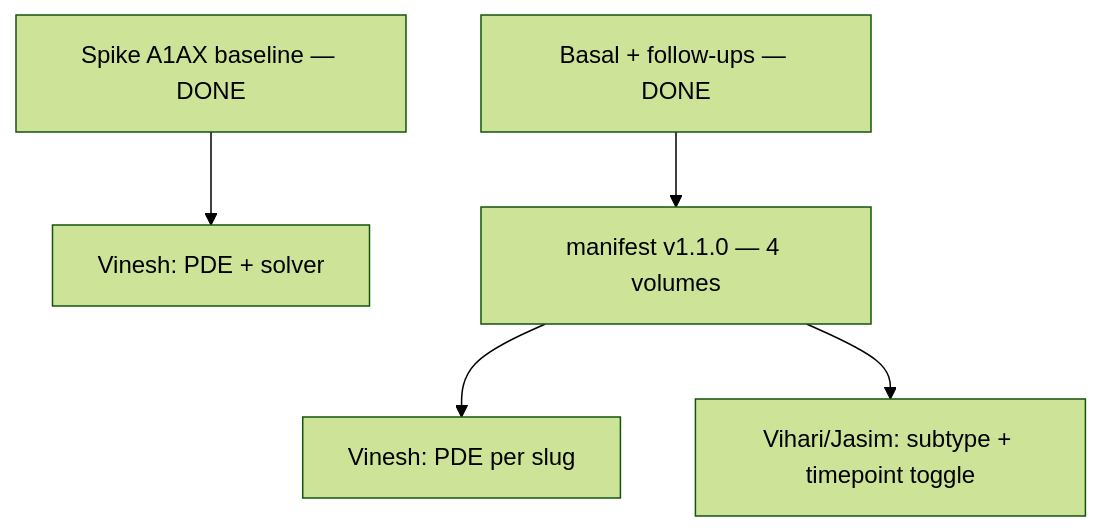
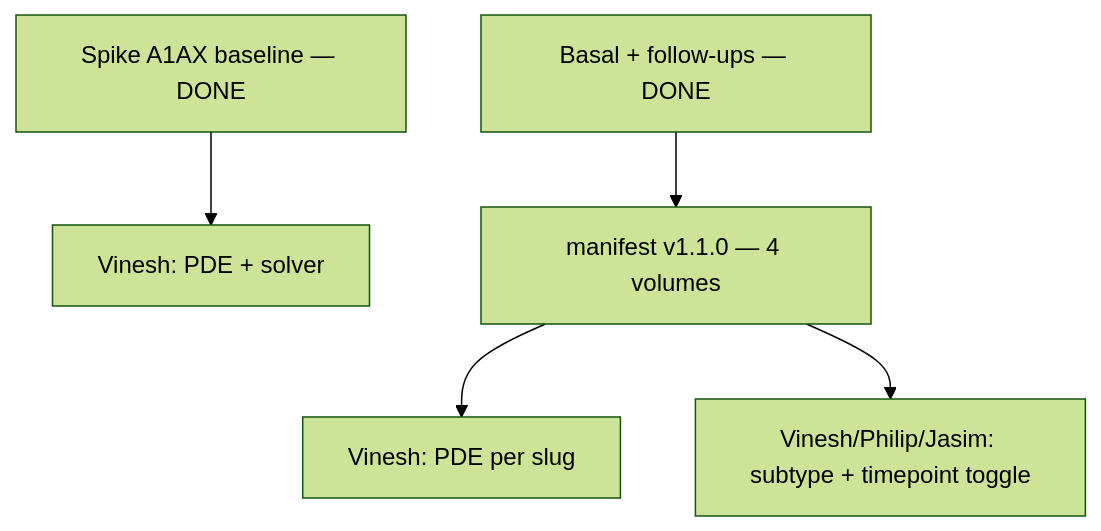
One commit to praneethmandalapu/QBIHack changed the second of 2 diagrams in breast-cancer-sim/simulation-vinesh-philip-chandan/philip-chandan/PLAN.md. Above: the diagram before and after it, drawn with Mermaid (forest theme). The commit also changed other lines of this file and 27 other files, not shown here.

First line of the commit message:
Remove Vihari from project; reassign role to Vinesh (LLM) and Philip (systems)

````diff
--- a/breast-cancer-sim/simulation-vinesh-philip-chandan/philip-chandan/PLAN.md
+++ b/breast-cancer-sim/simulation-vinesh-philip-chandan/philip-chandan/PLAN.md
@@ -667,7 +667,7 @@
 ```mermaid
 flowchart TD
     S[Spike A1AX baseline — DONE] --> V[Vinesh: PDE + solver]
     B[Basal + follow-ups — DONE] --> M[manifest v1.1.0 — 4 volumes]
     M --> V2[Vinesh: PDE per slug]
-    M --> UI[Vihari/Jasim: subtype + timepoint toggle]
+    M --> UI[Vinesh/Philip/Jasim: subtype + timepoint toggle]
 ```
````
